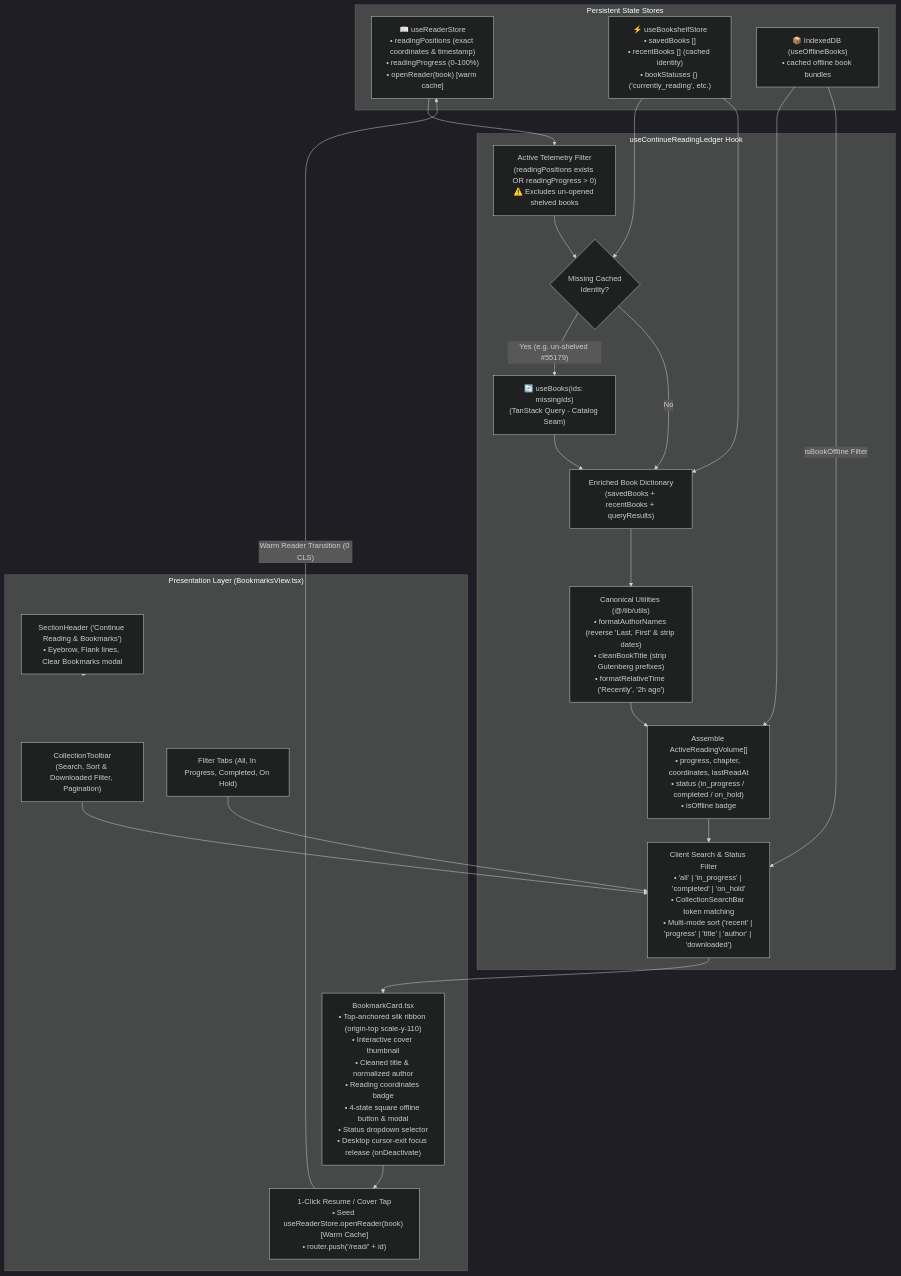
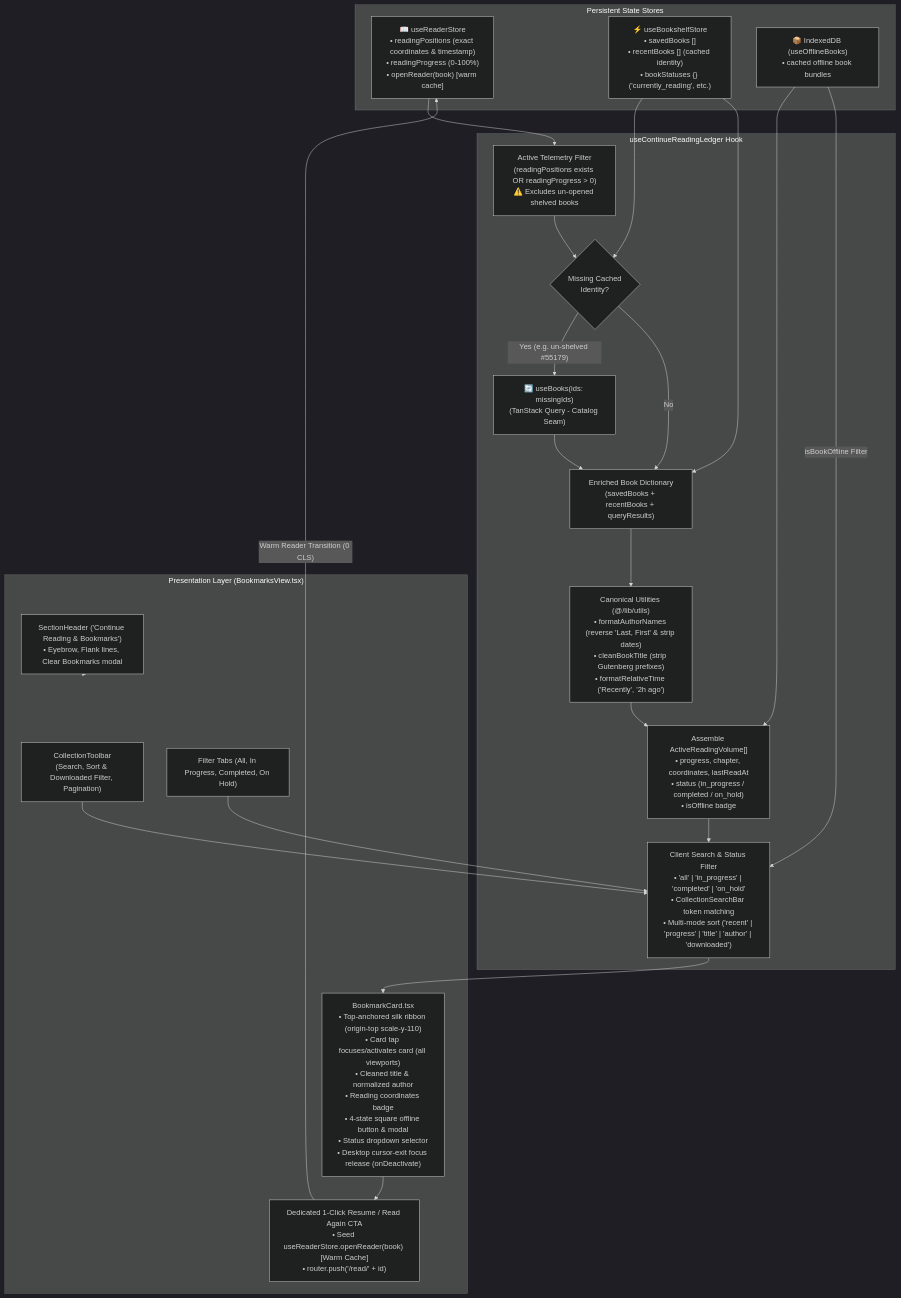
The third of 3 diagrams in README.md (calin-m/Bookarium), drawn with Mermaid (dark theme) before and after one commit. The commit also changed other lines of this file and 29 other files, not shown here.

First line of the commit message:
feat(bookshelf): consolidate active-shelf clearing, tablet UX and AST architecture matrix

````diff
--- a/README.md
+++ b/README.md
@@ -446,45 +464,45 @@
 ```mermaid
 flowchart TD
     subgraph Storage ["Persistent State Stores"]
         RS["📖 useReaderStore\n• readingPositions (exact coordinates & timestamp)\n• readingProgress (0-100%)\n• openReader(book) [warm cache]"]
         BS["⚡ useBookshelfStore\n• savedBooks []\n• recentBooks [] (cached identity)\n• bookStatuses {} ('currently_reading', etc.)"]
         IDB["📦 IndexedDB (useOfflineBooks)\n• cached offline book bundles"]
     end
 
     subgraph LedgerHook ["useContinueReadingLedger Hook"]
         FilterActive["Active Telemetry Filter\n(readingPositions exists OR readingProgress > 0)\n⚠️ Excludes un-opened shelved books"]
         MissingCheck{"Missing Cached\nIdentity?"}
         QueryMissing["🔄 useBooks(ids: missingIds)\n(TanStack Query - Catalog Seam)"]
         EnrichDict["Enriched Book Dictionary\n(savedBooks + recentBooks + queryResults)"]
         Parser["Canonical Utilities (@/lib/utils)\n• formatAuthorNames (reverse 'Last, First' & strip dates)\n• cleanBookTitle (strip Gutenberg prefixes)\n• formatRelativeTime ('Recently', '2h ago')"]
         Assembly["Assemble ActiveReadingVolume[]\n• progress, chapter, coordinates, lastReadAt\n• status (in_progress / completed / on_hold)\n• isOffline badge"]
         FilterSort["Client Search & Status Filter\n• 'all' | 'in_progress' | 'completed' | 'on_hold'\n• CollectionSearchBar token matching\n• Multi-mode sort ('recent' | 'progress' | 'title' | 'author' | 'downloaded')"]
     end
 
     subgraph UI ["Presentation Layer (BookmarksView.tsx)"]
         Header["SectionHeader ('Continue Reading & Bookmarks')\n• Eyebrow, Flank lines, Clear Bookmarks modal"]
         Search["CollectionToolbar\n(Search, Sort & Downloaded Filter, Pagination)"]
         Tabs["Filter Tabs (All, In Progress, Completed, On Hold)"]
-        Cards["BookmarkCard.tsx\n• Top-anchored silk ribbon (origin-top scale-y-110)\n• Interactive cover thumbnail\n• Cleaned title & normalized author\n• Reading coordinates badge\n• 4-state square offline button & modal\n• Status dropdown selector\n• Desktop cursor-exit focus release (onDeactivate)"]
-        ResumeAction["1-Click Resume / Cover Tap\n• Seed useReaderStore.openReader(book) [Warm Cache]\n• router.push('/read/' + id)"]
+        Cards["BookmarkCard.tsx\n• Top-anchored silk ribbon (origin-top scale-y-110)\n• Card tap focuses/activates card (all viewports)\n• Cleaned title & normalized author\n• Reading coordinates badge\n• 4-state square offline button & modal\n• Status dropdown selector\n• Desktop cursor-exit focus release (onDeactivate)"]
+        ResumeAction["Dedicated 1-Click Resume / Read Again CTA\n• Seed useReaderStore.openReader(book) [Warm Cache]\n• router.push('/read/' + id)"]
     end
 
     RS --> FilterActive
     FilterActive --> MissingCheck
     BS --> MissingCheck
     MissingCheck -->|"Yes (e.g. un-shelved #55179)"| QueryMissing
     QueryMissing --> EnrichDict
     MissingCheck -->|"No"| EnrichDict
     BS --> EnrichDict
     EnrichDict --> Parser
     Parser --> Assembly
     IDB --> Assembly
     IDB -->|"isBookOffline Filter"| FilterSort
     Assembly --> FilterSort
     FilterSort --> Cards
     Header --> UI
     Search --> FilterSort
     Tabs --> FilterSort
     Cards --> ResumeAction
     ResumeAction -->|"Warm Reader Transition (0 CLS)"| RS
 ```
````
